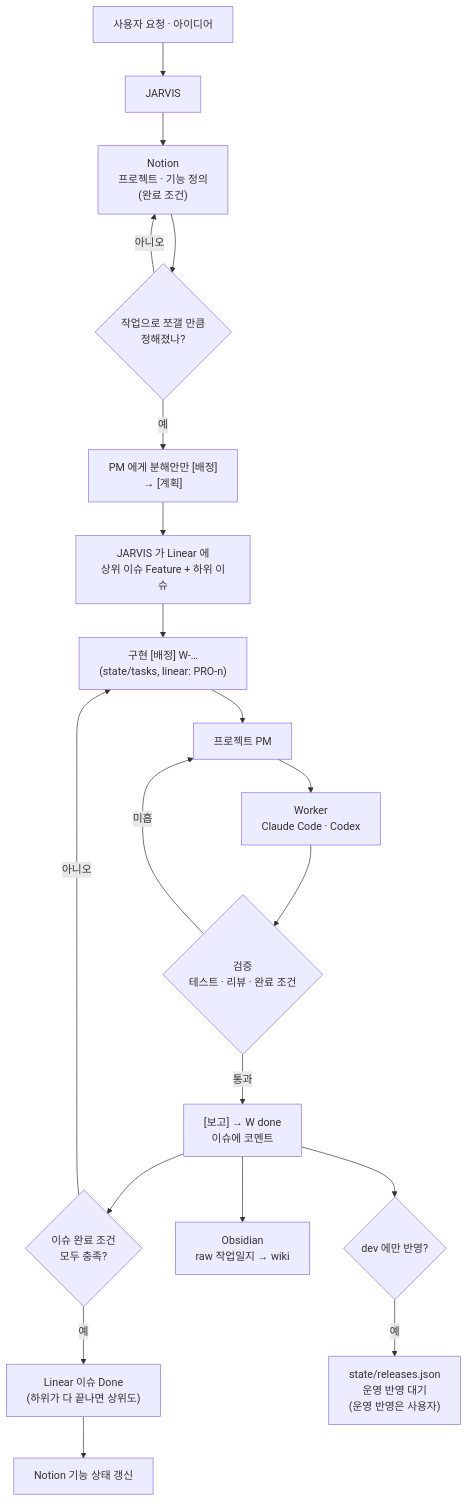
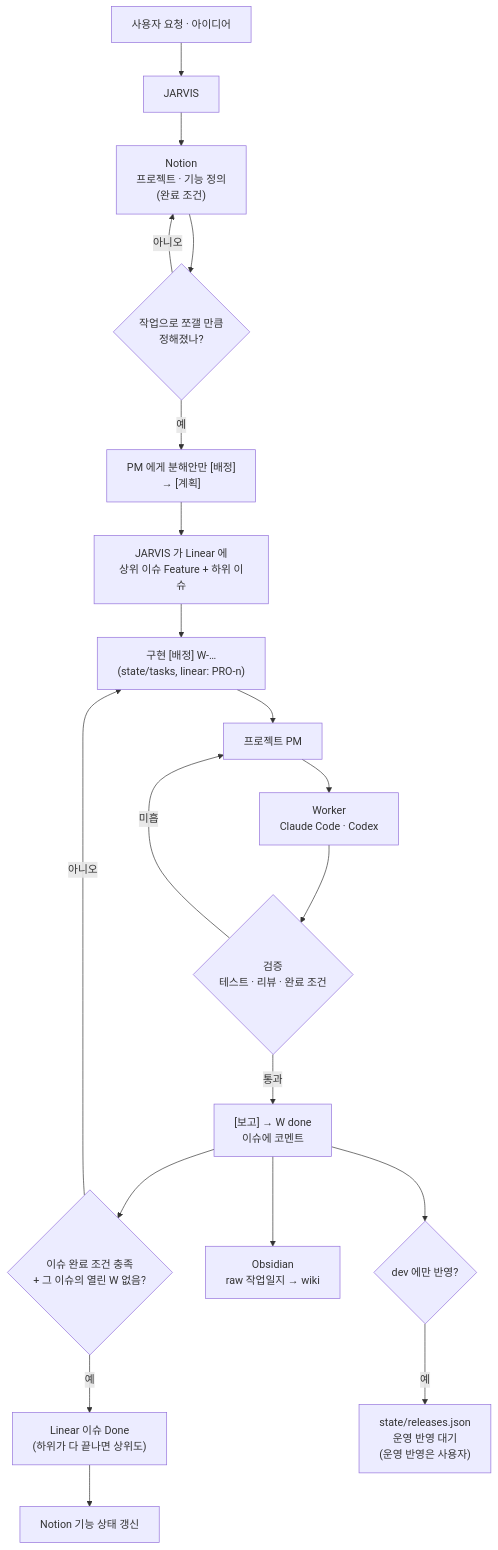
One commit to smdeveloper7/jarvis changed the first of 3 diagrams in docs/03_Work_Lifecycle_Management.md. Above: the diagram before and after it, drawn with Mermaid. The commit also changed other lines of this file and 6 other files, not shown here.

````diff
--- a/docs/03_Work_Lifecycle_Management.md
+++ b/docs/03_Work_Lifecycle_Management.md
@@ -21,22 +24,22 @@
 ```mermaid
 flowchart TD
     U["사용자 요청 · 아이디어"] --> J["JARVIS"]
     J --> N["Notion<br/>프로젝트 · 기능 정의<br/>(완료 조건)"]
     N --> G{"작업으로 쪼갤 만큼<br/>정해졌나?"}
     G -- 아니오 --> N
     G -- 예 --> PL["PM 에게 분해안만 [배정]<br/>→ [계획]"]
     PL --> L["JARVIS 가 Linear 에<br/>상위 이슈 Feature + 하위 이슈"]
     L --> A["구현 [배정] W-…<br/>(state/tasks, linear: PRO-n)"]
     A --> PM["프로젝트 PM"]
     PM --> W["Worker<br/>Claude Code · Codex"]
     W --> V{"검증<br/>테스트 · 리뷰 · 완료 조건"}
     V -- 미흡 --> PM
     V -- 통과 --> R["[보고] → W done<br/>이슈에 코멘트"]
-    R --> IC{"이슈 완료 조건<br/>모두 충족?"}
+    R --> IC{"이슈 완료 조건 충족<br/>+ 그 이슈의 열린 W 없음?"}
     IC -- 아니오 --> A
     IC -- 예 --> LD["Linear 이슈 Done<br/>(하위가 다 끝나면 상위도)"]
     R --> O["Obsidian<br/>raw 작업일지 → wiki"]
     LD --> NF["Notion 기능 상태 갱신"]
     R --> DEV{"dev 에만 반영?"}
     DEV -- 예 --> REL["state/releases.json<br/>운영 반영 대기<br/>(운영 반영은 사용자)"]
 ```
````
